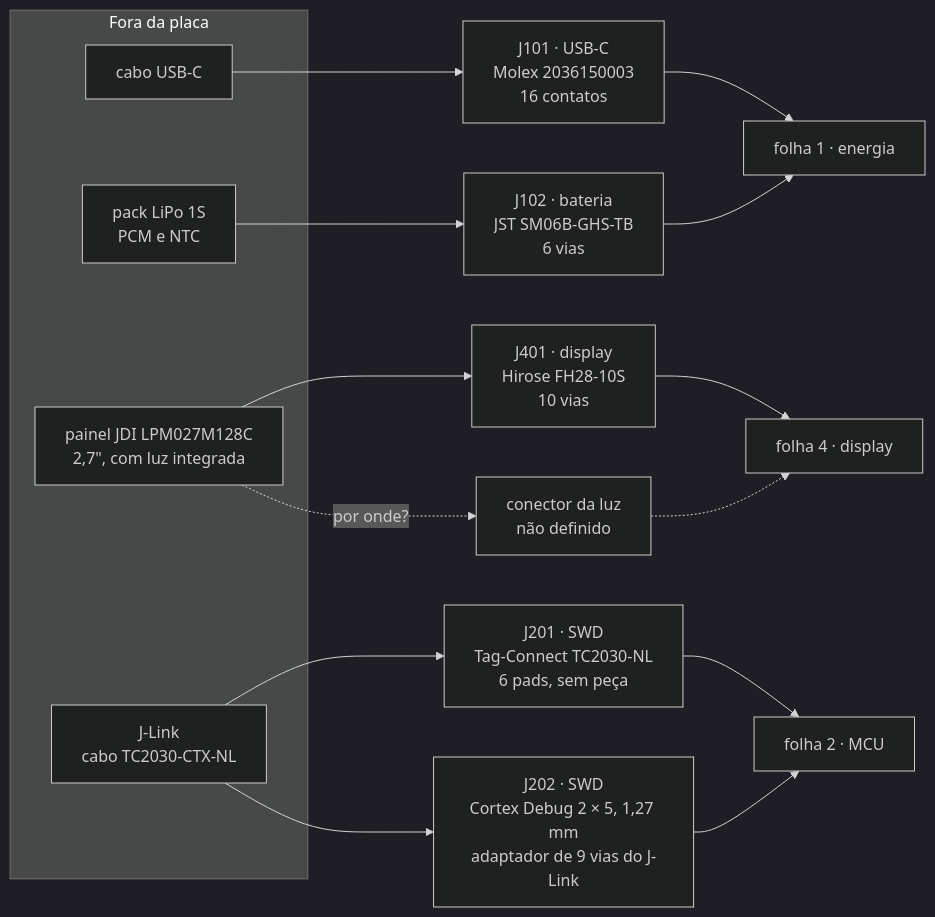
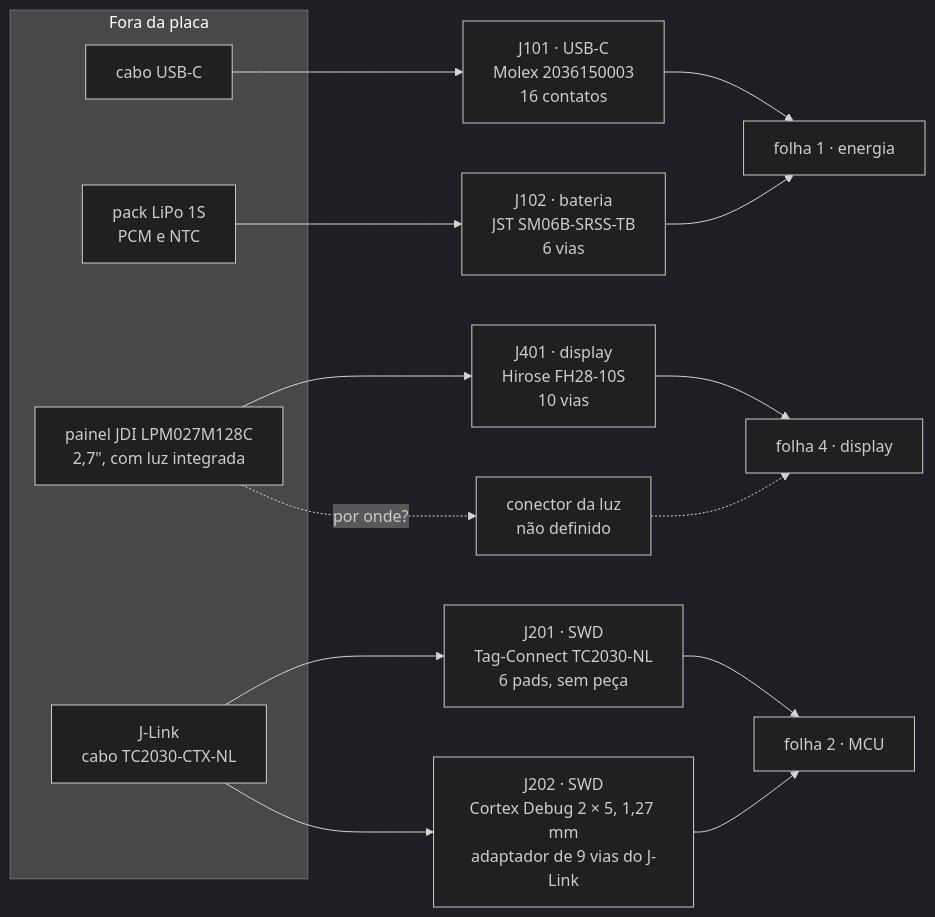
The first of 3 diagrams in hardware_gnssbike/06-conectores-e-pontos-de-teste.md (Guiimartinho/gnss-bike-computer), drawn with Mermaid (dark theme) before and after one commit. The commit also changed other lines of this file and 45 other files, not shown here.

````diff
--- a/hardware_gnssbike/06-conectores-e-pontos-de-teste.md
+++ b/hardware_gnssbike/06-conectores-e-pontos-de-teste.md
@@ -37,21 +37,21 @@
 ```mermaid
 flowchart LR
     subgraph EXT["Fora da placa"]
         CABO["cabo USB-C"]
         PACK["pack LiPo 1S<br/>PCM e NTC"]
         PAINEL["painel JDI LPM027M128C<br/>2,7&quot;, com luz integrada"]
         SONDA["J-Link<br/>cabo TC2030-CTX-NL"]
     end
     CABO --> J101["J101 · USB-C<br/>Molex 2036150003<br/>16 contatos"]
-    PACK --> J102["J102 · bateria<br/>JST SM06B-GHS-TB<br/>6 vias"]
+    PACK --> J102["J102 · bateria<br/>JST SM06B-SRSS-TB<br/>6 vias"]
     PAINEL --> J401["J401 · display<br/>Hirose FH28-10S<br/>10 vias"]
     PAINEL -.->|"por onde?"| LUZ["conector da luz<br/>não definido"]
     SONDA --> J201["J201 · SWD<br/>Tag-Connect TC2030-NL<br/>6 pads, sem peça"]
     SONDA --> J202["J202 · SWD<br/>Cortex Debug 2 × 5, 1,27 mm<br/>adaptador de 9 vias do J-Link"]
     J101 --> F1["folha 1 · energia"]
     J102 --> F1
     J201 --> F2["folha 2 · MCU"]
     J202 --> F2
     J401 --> F4["folha 4 · display"]
     LUZ -.-> F4
 ```
````
